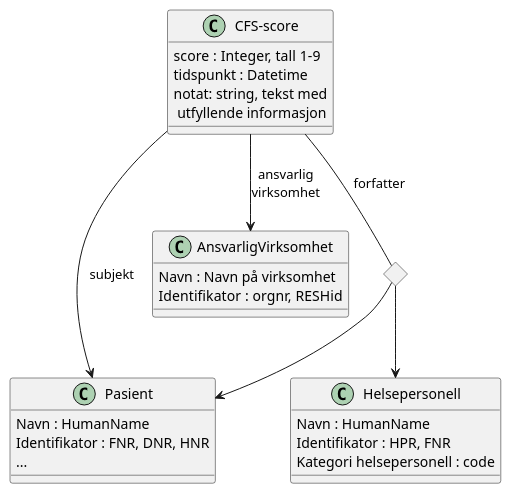
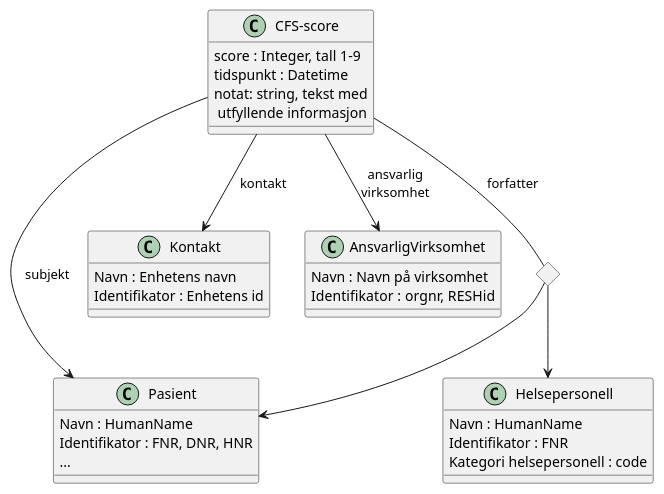
Before and after one commit to HL7Norway/VkpObservation: the diagram in VkpObservation/input/images-source/datamodell-cfs.plantuml, drawn with PlantUML. The commit also changed 1 other file, not shown here.

```diff
--- a/VkpObservation/input/images-source/datamodell-cfs.plantuml
+++ b/VkpObservation/input/images-source/datamodell-cfs.plantuml
@@ -1,33 +1,39 @@
 @startuml
 class "CFS-score"{
    score : Integer, tall 1-9
    tidspunkt : Datetime
    notat: string, tekst med\n utfyllende informasjon
 }
 
 class Pasient {
    Navn : HumanName
    Identifikator : FNR, DNR, HNR
    ...
 }
 
 Class Helsepersonell {
    Navn : HumanName
-   Identifikator : HPR, FNR
+   Identifikator : FNR
    Kategori helsepersonell : code
+}
+
+Class Kontakt {
+   Navn : Enhetens navn
+   Identifikator : Enhetens id
 }
 
 Class AnsvarligVirksomhet {
    Navn : Navn på virksomhet
    Identifikator : orgnr, RESHid
 }
 
 <> diamond
 
 "CFS-score" --> Pasient :subjekt
 "CFS-score" -- diamond :forfatter
+"CFS-score" --> Kontakt :kontakt
 diamond --> Helsepersonell
 diamond --> Pasient
 "CFS-score" --> AnsvarligVirksomhet :ansvarlig\nvirksomhet
 
 @enduml
```
